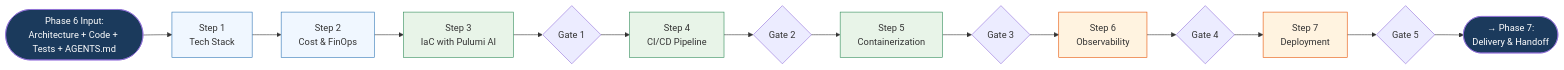
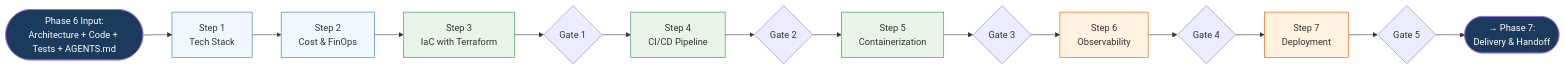
The second of 9 diagrams in aidlc-phases/06-cicd-devops/FLOWCHART.md (kalpat-allion/ai-dlc), drawn with Mermaid before and after one commit. The commit also changed other lines of this file and 39 other files, not shown here.

````diff
--- a/aidlc-phases/06-cicd-devops/FLOWCHART.md
+++ b/aidlc-phases/06-cicd-devops/FLOWCHART.md
@@ -62,26 +59,26 @@
 ```mermaid
 flowchart LR
     START([Phase 6 Input:<br/>Architecture + Code + Tests + AGENTS.md]) --> S1[Step 1<br/>Tech Stack]
     S1 --> S2[Step 2<br/>Cost & FinOps]
-    S2 --> S3[Step 3<br/>IaC with Pulumi AI]
+    S2 --> S3[Step 3<br/>IaC with Terraform]
     S3 --> G1{Gate 1}
     G1 --> S4[Step 4<br/>CI/CD Pipeline]
     S4 --> G2{Gate 2}
     G2 --> S5[Step 5<br/>Containerization]
     S5 --> G3{Gate 3}
     G3 --> S6[Step 6<br/>Observability]
     S6 --> G4{Gate 4}
     G4 --> S7[Step 7<br/>Deployment]
     S7 --> G5{Gate 5}
     G5 --> HANDOFF([→ Phase 7:<br/>Delivery & Handoff])
 
     style START fill:#1B3A5C,color:#fff
     style HANDOFF fill:#1B3A5C,color:#fff
     style S1 fill:#f0f7ff,stroke:#2E75B6
     style S2 fill:#f0f7ff,stroke:#2E75B6
     style S3 fill:#e8f4e8,stroke:#2E8B57
     style S4 fill:#e8f4e8,stroke:#2E8B57
     style S5 fill:#e8f4e8,stroke:#2E8B57
     style S6 fill:#fff3e0,stroke:#E65100
     style S7 fill:#fff3e0,stroke:#E65100
 ```
````
